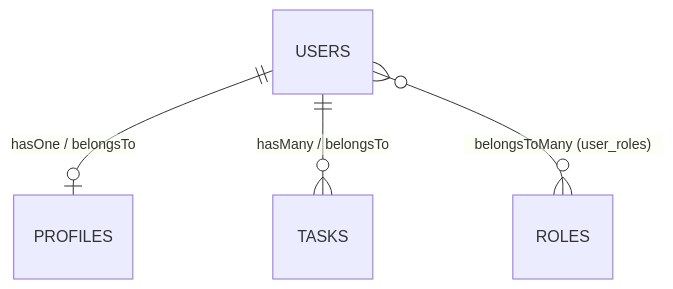
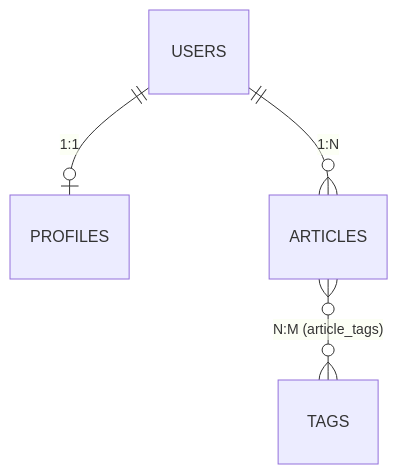
Before and after one commit to bbautista2026ipf-star/javascript-documentacion-berenfeld-bautista: the diagram in backend/03-sequelize/README.md, drawn with Mermaid. The commit also changed other lines of this file, not shown here.

````diff
--- a/backend/03-sequelize/README.md
+++ b/backend/03-sequelize/README.md
@@ -205,6 +176,6 @@
 ```mermaid
 erDiagram
-    USERS ||--o| PROFILES : "hasOne / belongsTo"
-    USERS ||--o{ TASKS : "hasMany / belongsTo"
-    USERS }o--o{ ROLES : "belongsToMany (user_roles)"
+    USERS ||--o| PROFILES : "1:1"
+    USERS ||--o{ ARTICLES : "1:N"
+    ARTICLES }o--o{ TAGS : "N:M (article_tags)"
 ```
````
